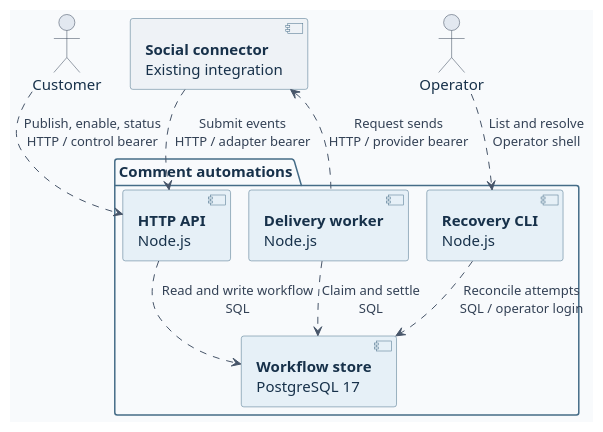
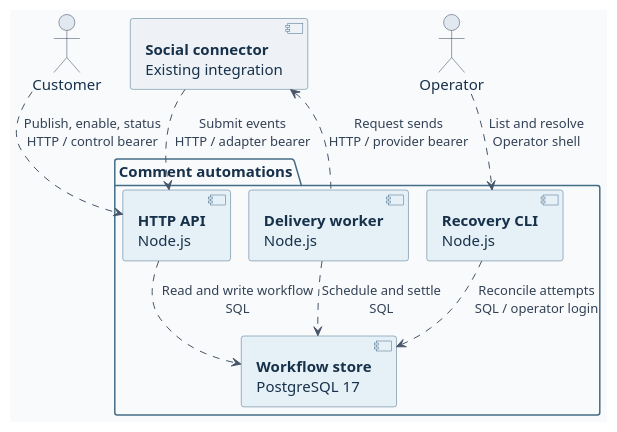
The diagram in docs/diagrams/components.puml (ByAxe/blotato-comment-automations), drawn with PlantUML before and after one commit. The commit also changed 21 other files, not shown here.

```diff
--- a/docs/diagrams/components.puml
+++ b/docs/diagrams/components.puml
@@ -1,44 +1,44 @@
 @startuml
 !pragma layout smetana
 skinparam componentStyle uml2
 skinparam BackgroundColor #F8FAFC
 skinparam DefaultFontName SansSerif
 skinparam DefaultFontColor #17314A
 skinparam DefaultFontSize 15
 skinparam Shadowing false
 skinparam nodesep 20
 skinparam ranksep 38
 skinparam ArrowColor #475569
 skinparam ArrowFontColor #334155
 skinparam ArrowFontSize 13
 skinparam ActorBorderColor #334155
 skinparam ActorBackgroundColor #E2E8F0
 skinparam ComponentBorderColor #456C87
 skinparam ComponentBackgroundColor #E6F0F7
 skinparam PackageBorderColor #456C87
 skinparam PackageBackgroundColor #F8FAFC
 
 actor Customer as customer
 actor Operator as operator
 component "**Social connector**\nExisting integration" as integration #EEF2F6
 
 package "Comment automations" {
   component "**HTTP API**\nNode.js" as api
   component "**Delivery worker**\nNode.js" as worker
   component "**Recovery CLI**\nNode.js" as cli
   component "**Workflow store**\nPostgreSQL 17" as db
 }
 
 customer .down.> api : Publish, enable, status\nHTTP / control bearer
 operator .down.> cli : List and resolve\nOperator shell
 integration .down.> api : Submit events\nHTTP / adapter bearer
 api .down.> db : Read and write workflow\nSQL
 cli .down.> db : Reconcile attempts\nSQL / operator login
-worker .down.> db : Claim and settle\nSQL
+worker .down.> db : Schedule and settle\nSQL
 worker .up.> integration : Request sends\nHTTP / provider bearer
 
 customer -[hidden]right-> integration
 integration -[hidden]right-> operator
 api -[hidden]right-> worker
 worker -[hidden]right-> cli
 @enduml
```
